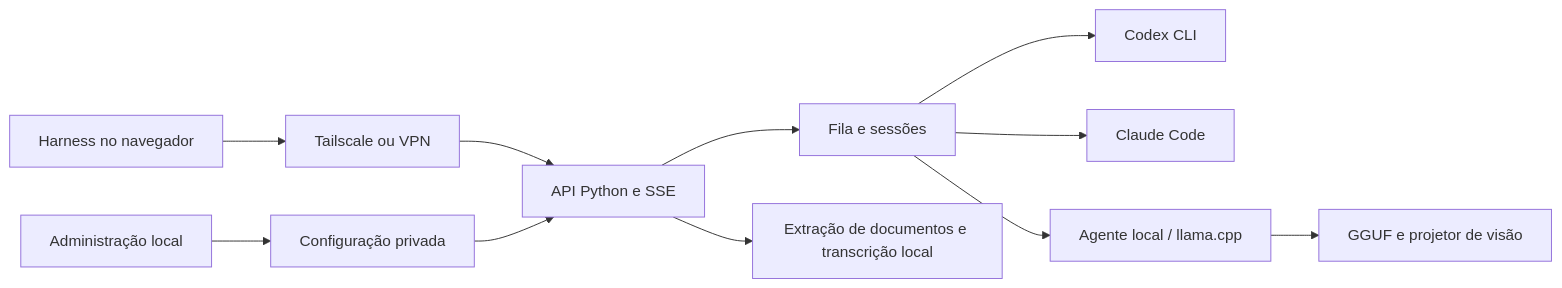
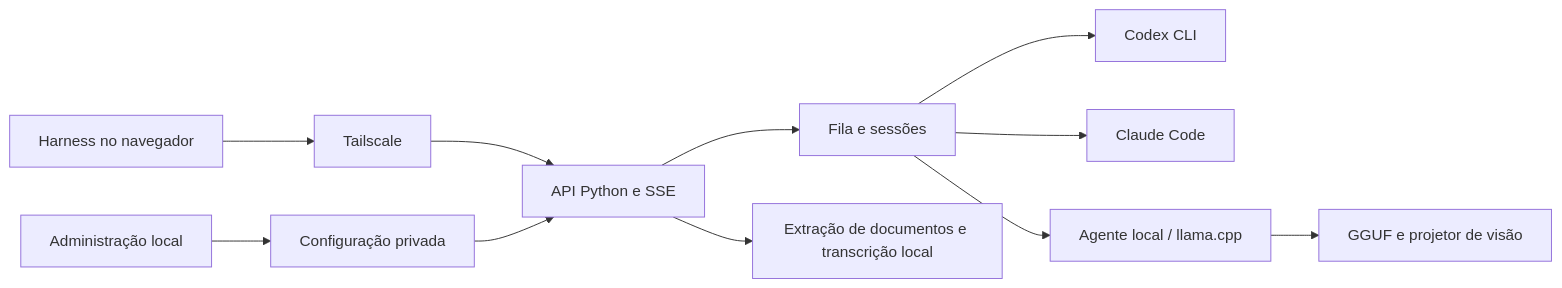
The first of 2 diagrams in README.pt-BR.md (sophia-phillipa/keepharness), drawn with Mermaid before and after one commit. The commit also changed other lines of this file and 5 other files, not shown here.

````diff
--- a/README.pt-BR.md
+++ b/README.pt-BR.md
@@ -201,13 +201,13 @@
 ```mermaid
 flowchart LR
-  Browser[Harness no navegador] --> VPN[Tailscale ou VPN]
+  Browser[Harness no navegador] --> VPN[Tailscale]
   VPN --> API[API Python e SSE]
   Admin[Administração local] --> Config[Configuração privada]
   Config --> API
   API --> Queue[Fila e sessões]
   Queue --> Codex[Codex CLI]
   Queue --> Claude[Claude Code]
   Queue --> Local[Agente local / llama.cpp]
   Local --> Weights[GGUF e projetor de visão]
   API --> Files[Extração de documentos e transcrição local]
 ```
````
